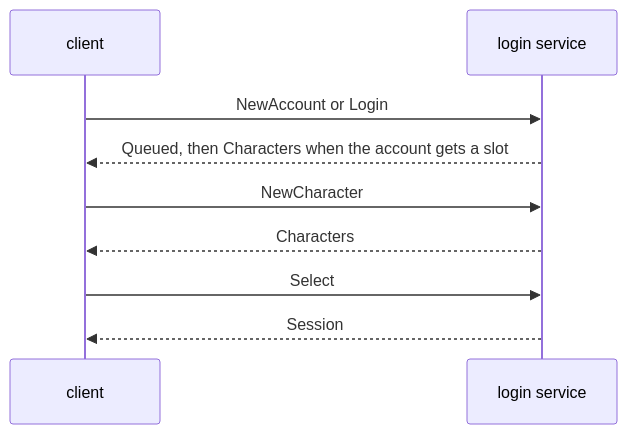
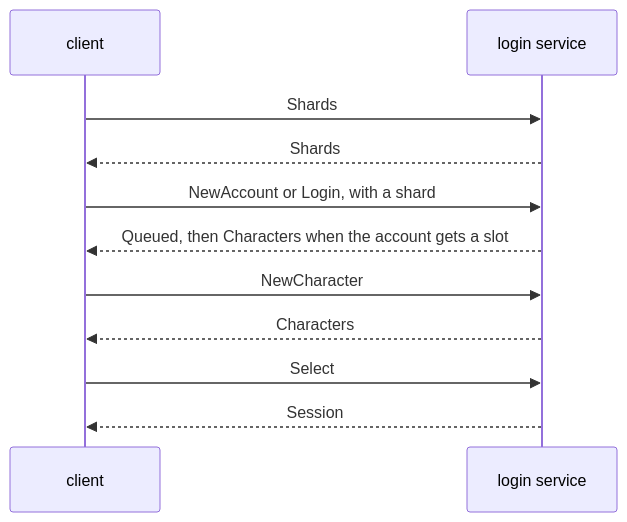
The second of 2 diagrams in docs/architecture.md (Screetch/mmo-archi), drawn with Mermaid before and after one commit. The commit also changed other lines of this file and 2 other files, not shown here.

Commit message:
chore(docs): Design the scale of the game with layers and shards (#48)

````diff
--- a/docs/architecture.md
+++ b/docs/architecture.md
@@ -171,11 +198,13 @@
 ```mermaid
 sequenceDiagram
   participant C as client
   participant L as login service
-  C->>L: NewAccount or Login
+  C->>L: Shards
+  L-->>C: Shards
+  C->>L: NewAccount or Login, with a shard
   L-->>C: Queued, then Characters when the account gets a slot
   C->>L: NewCharacter
   L-->>C: Characters
   C->>L: Select
   L-->>C: Session
 ```
````
